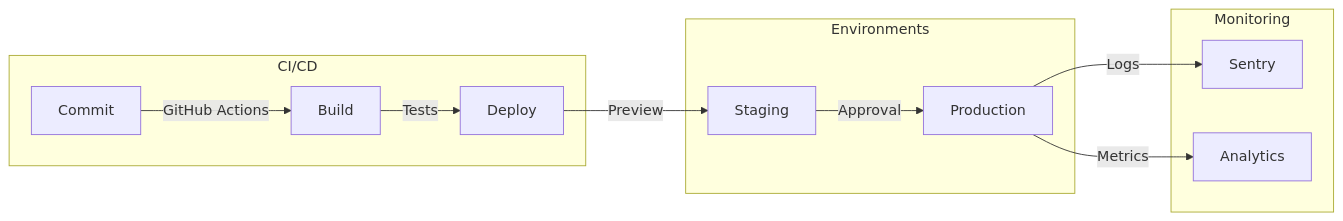
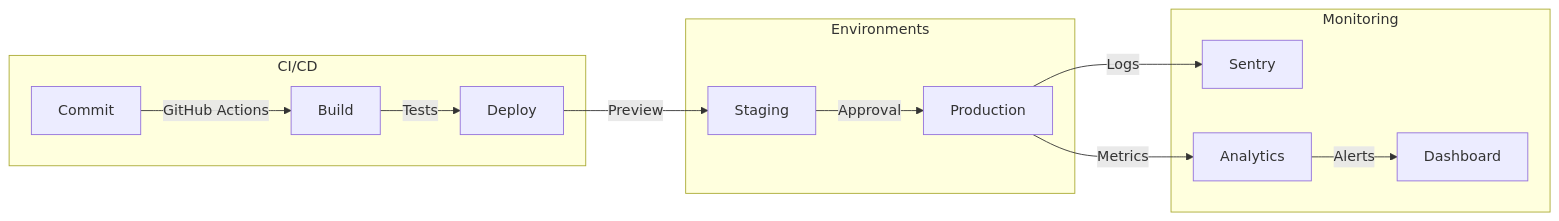
Before and after one commit to mrj0nesmtl/sheltr-v2: the tenth of 11 diagrams in public/docs/core/overview.md, drawn with Mermaid. The commit also changed other lines of this file and 13 other files, not shown here.

````diff
--- a/public/docs/core/overview.md
+++ b/public/docs/core/overview.md
@@ -209,17 +308,18 @@
 ```mermaid
 graph LR
     subgraph CI/CD
         A[Commit] -->|GitHub Actions| B[Build]
         B -->|Tests| C[Deploy]
     end
     
     subgraph Environments
         C -->|Preview| D[Staging]
         D -->|Approval| E[Production]
     end
     
     subgraph Monitoring
         E -->|Logs| F[Sentry]
         E -->|Metrics| G[Analytics]
+        G -->|Alerts| H[Dashboard]
     end
 ```
````
